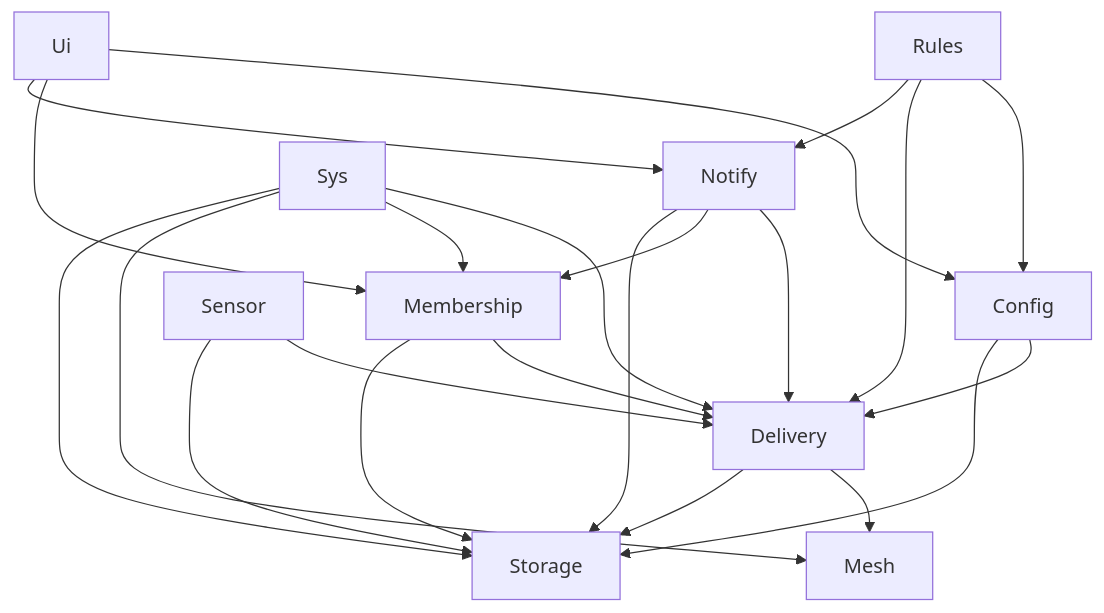
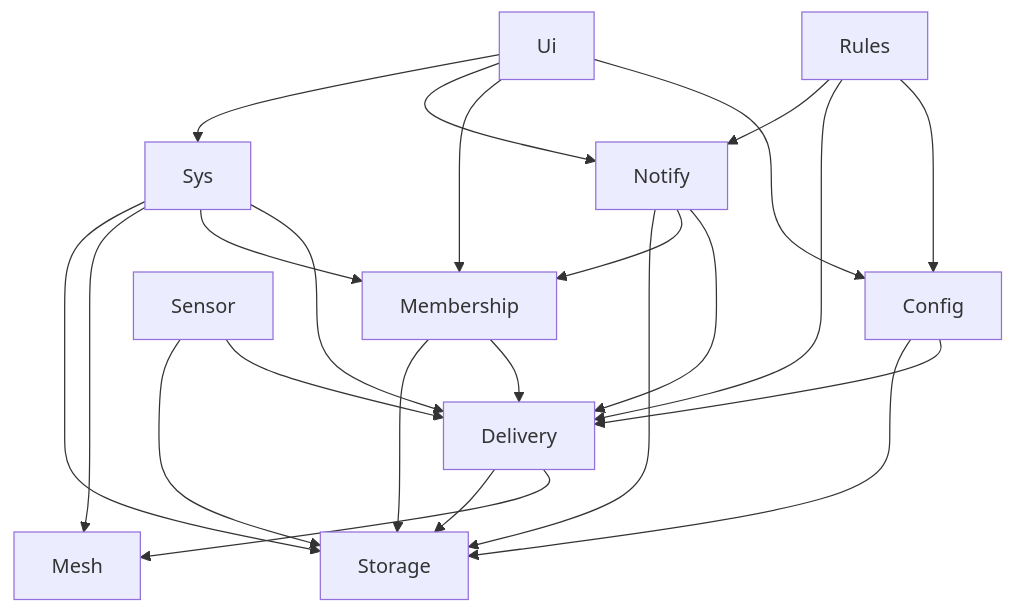
The first of 2 diagrams in _bmad-output/planning-artifacts/architecture/architecture-garageAlarms-2026-09-29/ARCHITECTURE-SPINE.md (wol-micro/garageAlarms2.0), drawn with Mermaid before and after one commit. The commit also changed other lines of this file and 19 other files, not shown here.

First line of the commit message:
Plan update: cores, persistence, test architecture; sprint plan

````diff
--- a/_bmad-output/planning-artifacts/architecture/architecture-garageAlarms-2026-09-29/ARCHITECTURE-SPINE.md
+++ b/_bmad-output/planning-artifacts/architecture/architecture-garageAlarms-2026-09-29/ARCHITECTURE-SPINE.md
@@ -40,24 +40,25 @@
 ```mermaid
 flowchart TD
   Ui --> Config
   Ui --> Membership
   Ui --> Notify
+  Ui --> Sys
   Rules --> Config
   Rules --> Delivery
   Rules --> Notify
   Notify --> Delivery
   Notify --> Membership
   Config --> Delivery
   Membership --> Delivery
   Sensor --> Delivery
   Sys --> Delivery
   Sys --> Membership
   Sys --> Mesh
   Delivery --> Mesh
   Sensor --> Storage
   Config --> Storage
   Delivery --> Storage
   Notify --> Storage
   Membership --> Storage
   Sys --> Storage
 ```
````
